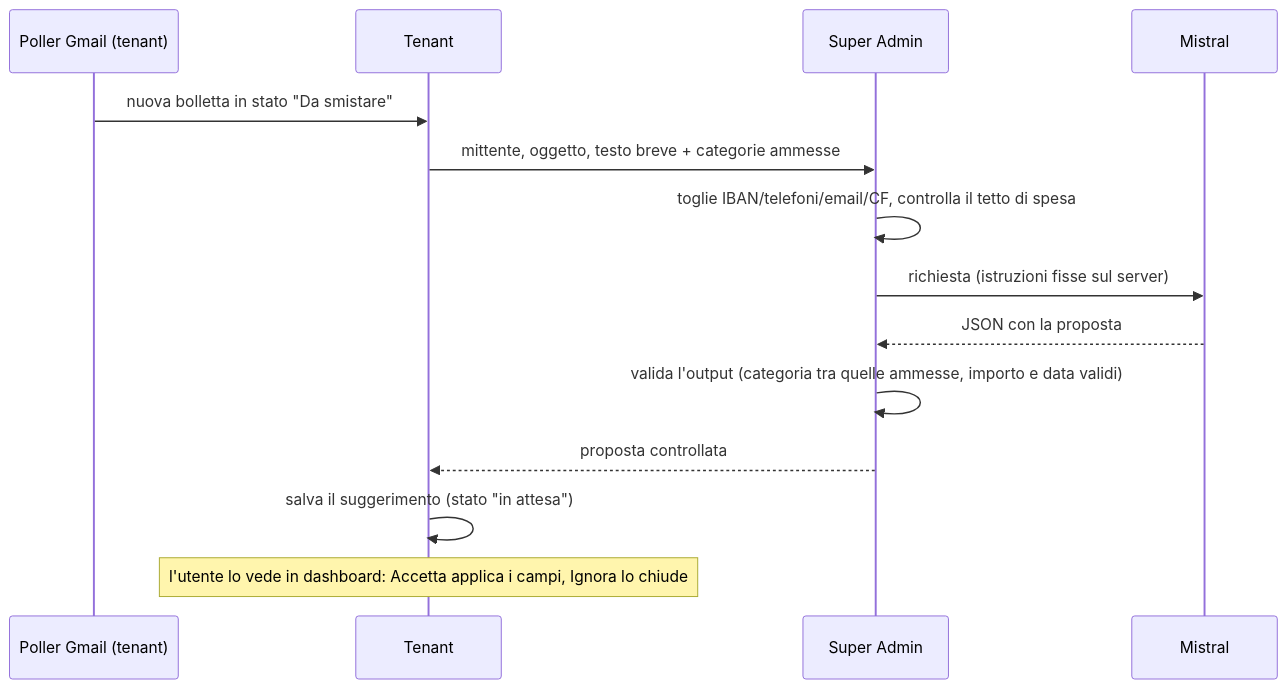
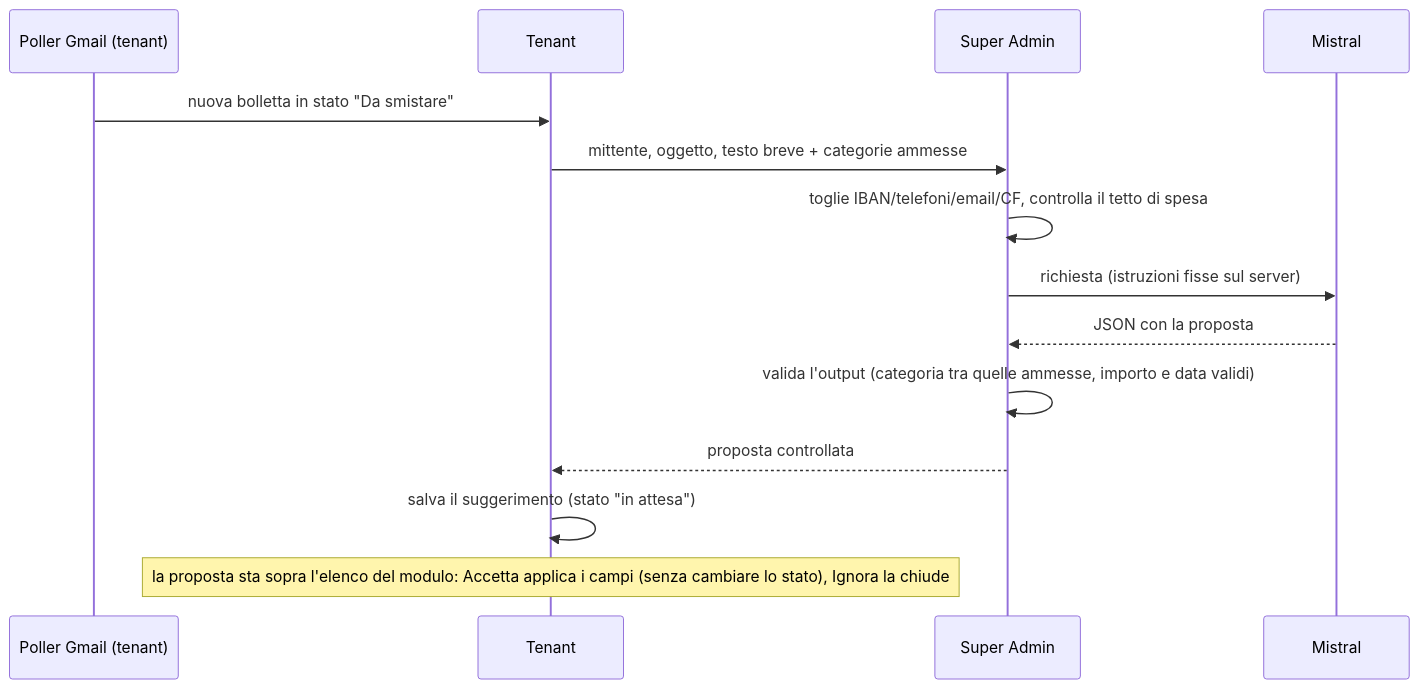
Before and after one commit to nkzbs/platform: the third of 3 diagrams in ARCHITETTURA.md, drawn with Mermaid. The commit also changed other lines of this file and 3 other files, not shown here.

````diff
--- a/ARCHITETTURA.md
+++ b/ARCHITETTURA.md
@@ -148,16 +198,16 @@
 ```mermaid
 sequenceDiagram
   participant G as Poller Gmail (tenant)
   participant T as Tenant
   participant SA as Super Admin
   participant M as Mistral
   G->>T: nuova bolletta in stato "Da smistare"
   T->>SA: mittente, oggetto, testo breve + categorie ammesse
   SA->>SA: toglie IBAN/telefoni/email/CF, controlla il tetto di spesa
   SA->>M: richiesta (istruzioni fisse sul server)
   M-->>SA: JSON con la proposta
   SA->>SA: valida l'output (categoria tra quelle ammesse, importo e data validi)
   SA-->>T: proposta controllata
   T->>T: salva il suggerimento (stato "in attesa")
-  Note over T: l'utente lo vede in dashboard: Accetta applica i campi, Ignora lo chiude
+  Note over T: la proposta sta sopra l'elenco del modulo: Accetta applica i campi (senza cambiare lo stato), Ignora la chiude
 ```
````
